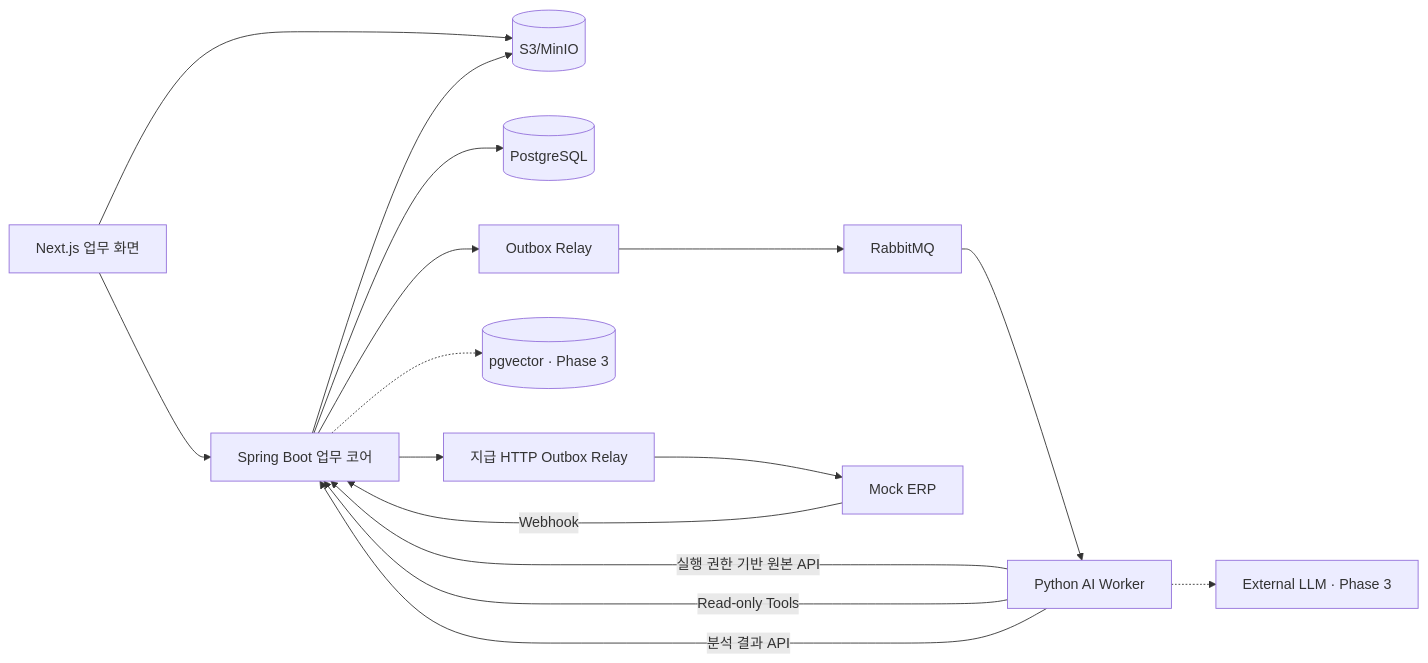
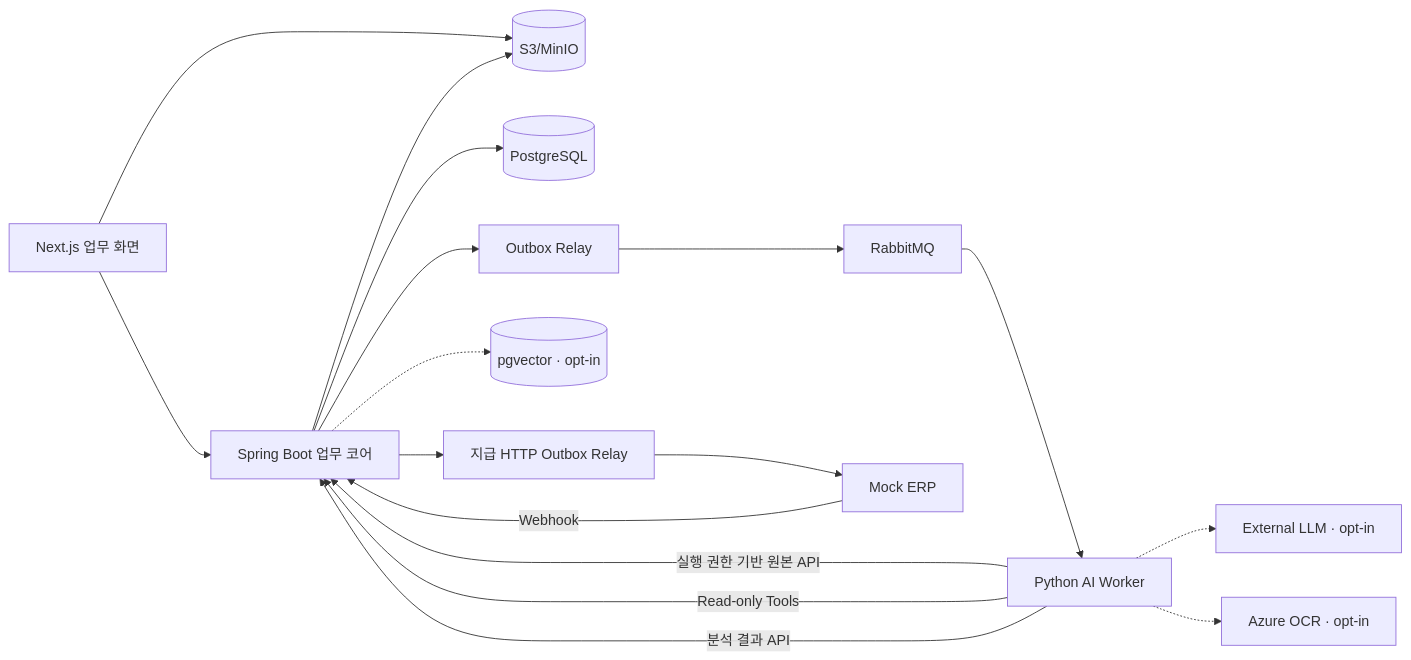
One commit to mxxdone/invoice-match changed the second of 2 diagrams in project-docs/Spec.md. Above: the diagram before and after it, drawn with Mermaid. The commit also changed other lines of this file and 3 other files, not shown here.

Commit message:
docs: align runtime guides and roadmap with Phase 3 acceptance

````diff
--- a/project-docs/Spec.md
+++ b/project-docs/Spec.md
@@ -450,18 +450,19 @@
 ```mermaid
 flowchart LR
     U[Next.js 업무 화면] --> S[Spring Boot 업무 코어]
     U --> O[(S3/MinIO)]
     S --> P[(PostgreSQL)]
     S --> X[Outbox Relay]
     X --> R[RabbitMQ]
     R --> W[Python AI Worker]
     S --> O
     W -->|실행 권한 기반 원본 API| S
-    W -.-> L[External LLM · Phase 3]
-    S -.-> V[(pgvector · Phase 3)]
+    W -.-> L[External LLM · opt-in]
+    W -.-> A[Azure OCR · opt-in]
+    S -.-> V[(pgvector · opt-in)]
     W -->|Read-only Tools| S
     W -->|분석 결과 API| S
     S --> E[지급 HTTP Outbox Relay]
     E --> M[Mock ERP]
     M -->|Webhook| S
 ```
````
